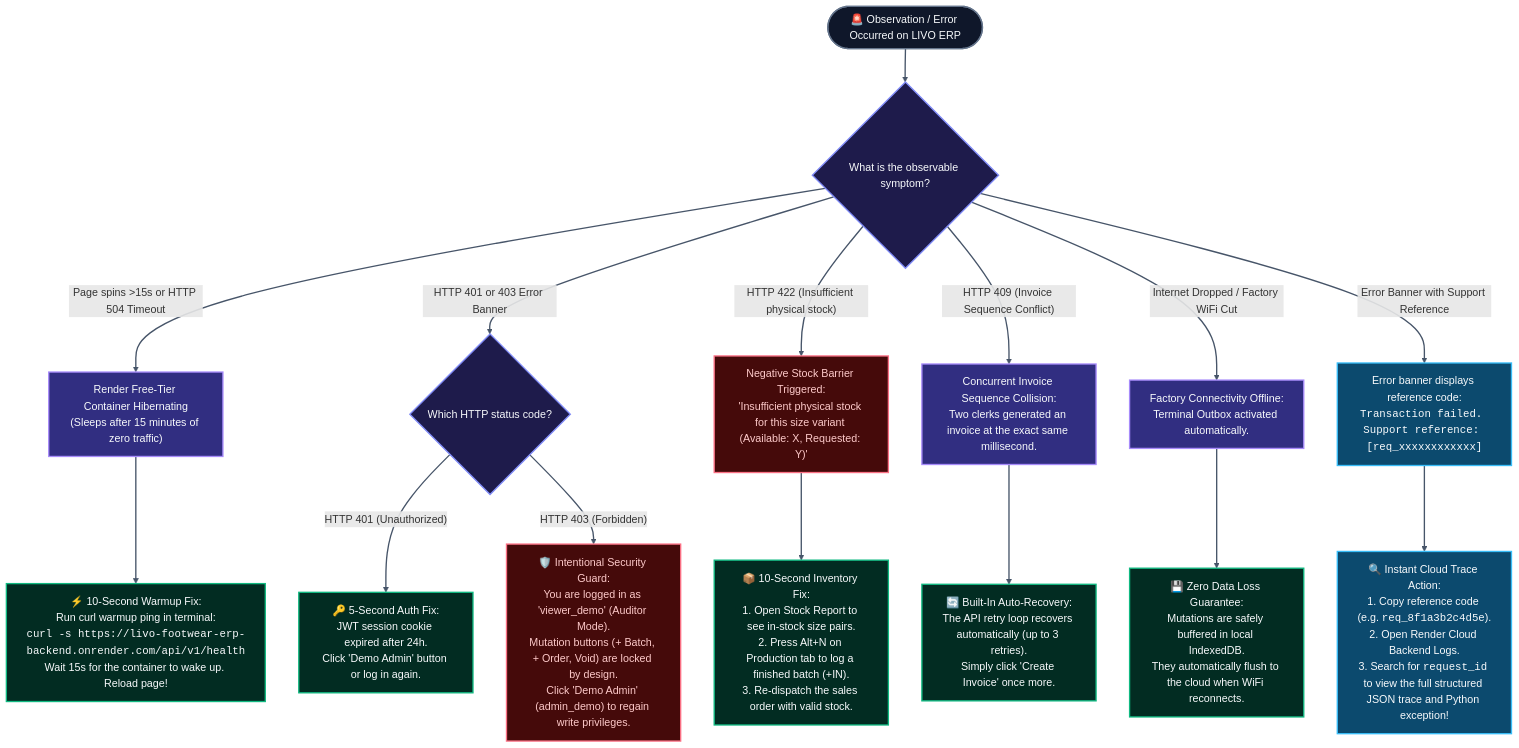
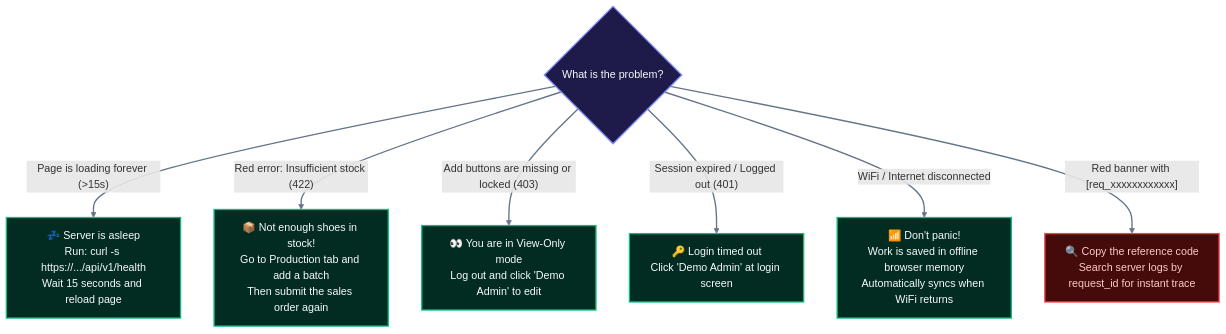
Before and after one commit to Sishir120/livo-footwear-erp: the third of 3 diagrams in README.md, drawn with Mermaid. The commit also changed other lines of this file and 7 other files, not shown here.

````diff
--- a/README.md
+++ b/README.md
@@ -243,38 +216,22 @@
 ```mermaid
 flowchart TD
-    classDef startNode fill:#0f172a,stroke:#64748b,stroke-width:2px,color:#f8fafc;
-    classDef decision fill:#1e1b4b,stroke:#818cf8,stroke-width:2px,color:#f8fafc;
-    classDef cause fill:#312e81,stroke:#a78bfa,stroke-width:2px,color:#f8fafc;
+    classDef check fill:#1e1b4b,stroke:#818cf8,stroke-width:2px,color:#f8fafc;
     classDef fix fill:#022c22,stroke:#10b981,stroke-width:2px,color:#f8fafc;
-    classDef defense fill:#450a0a,stroke:#fb7185,stroke-width:2px,color:#fecaca;
-    classDef trace fill:#0c4a6e,stroke:#38bdf8,stroke-width:2px,color:#f8fafc;
+    classDef alert fill:#450a0a,stroke:#ef4444,stroke-width:2px,color:#fecaca;
 
-    START(["🚨 Observation / Error Occurred on LIVO ERP"]):::startNode --> SYMPTOM{"What is the observable symptom?"}:::decision
+    Q{"What is the problem?"}:::check
 
-    %% Branch 1: Spinner / 504 Gateway Timeout
-    SYMPTOM -->|"Page spins &gt;15s or HTTP 504 Timeout"| C_504["Render Free-Tier Container Hibernating<br/>(Sleeps after 15 minutes of zero traffic)"]:::cause
-    C_504 --> F_504["⚡ 10-Second Warmup Fix:<br/>Run curl warmup ping in terminal:<br/><code>curl -s https://livo-footwear-erp-backend.onrender.com/api/v1/health</code><br/>Wait 15s for the container to wake up. Reload page!"]:::fix
+    Q -->|"Page is loading forever (>15s)"| WAKE["💤 Server is asleep<br/>Run: curl -s https://.../api/v1/health<br/>Wait 15 seconds and reload page"]:::fix
 
-    %% Branch 2: 401 Unauthorized / 403 Forbidden
-    SYMPTOM -->|"HTTP 401 or 403 Error Banner"| CHECK_AUTH{"Which HTTP status code?"}:::decision
-    CHECK_AUTH -->|"HTTP 401 (Unauthorized)"| F_401["🔑 5-Second Auth Fix:<br/>JWT session cookie expired after 24h.<br/>Click 'Demo Admin' button or log in again."]:::fix
-    CHECK_AUTH -->|"HTTP 403 (Forbidden)"| F_403["🛡️ Intentional Security Guard:<br/>You are logged in as 'viewer_demo' (Auditor Mode).<br/>Mutation buttons (+ Batch, + Order, Void) are locked by design.<br/>Click 'Demo Admin' (admin_demo) to regain write privileges."]:::defense
+    Q -->|"Red error: Insufficient stock (422)"| STOCK["📦 Not enough shoes in stock!<br/>Go to Production tab and add a batch<br/>Then submit the sales order again"]:::fix
 
-    %% Branch 3: 422 Negative Stock Boundary
-    SYMPTOM -->|"HTTP 422 (Insufficient physical stock)"| C_422["Negative Stock Barrier Triggered:<br/>'Insufficient physical stock for this size variant (Available: X, Requested: Y)'"]:::defense
-    C_422 --> F_422["📦 10-Second Inventory Fix:<br/>1. Open Stock Report to see in-stock size pairs.<br/>2. Press Alt+N on Production tab to log a finished batch (+IN).<br/>3. Re-dispatch the sales order with valid stock."]:::fix
+    Q -->|"Add buttons are missing or locked (403)"| VIEW["👀 You are in View-Only mode<br/>Log out and click 'Demo Admin' to edit"]:::fix
 
-    %% Branch 4: 409 Sequence Conflict
-    SYMPTOM -->|"HTTP 409 (Invoice Sequence Conflict)"| C_409["Concurrent Invoice Sequence Collision:<br/>Two clerks generated an invoice at the exact same millisecond."]:::cause
-    C_409 --> F_409["🔄 Built-In Auto-Recovery:<br/>The API retry loop recovers automatically (up to 3 retries).<br/>Simply click 'Create Invoice' once more."]:::fix
+    Q -->|"Session expired / Logged out (401)"| AUTH["🔑 Login timed out<br/>Click 'Demo Admin' at login screen"]:::fix
 
-    %% Branch 5: Offline / Network Drop
-    SYMPTOM -->|"Internet Dropped / Factory WiFi Cut"| C_OFF["Factory Connectivity Offline:<br/>Terminal Outbox activated automatically."]:::cause
-    C_OFF --> F_OFF["💾 Zero Data Loss Guarantee:<br/>Mutations are safely buffered in local IndexedDB.<br/>They automatically flush to the cloud when WiFi reconnects."]:::fix
+    Q -->|"WiFi / Internet disconnected"| NET["📶 Don't panic!<br/>Work is saved in offline browser memory<br/>Automatically syncs when WiFi returns"]:::fix
 
-    %% Branch 6: Any Unknown / General Error
-    SYMPTOM -->|"Error Banner with Support Reference"| C_TRACE["Error banner displays reference code:<br/><code>Transaction failed. Support reference: [req_xxxxxxxxxxxx]</code>"]:::trace
-    C_TRACE --> F_TRACE["🔍 Instant Cloud Trace Action:<br/>1. Copy reference code (e.g. <code>req_8f1a3b2c4d5e</code>).<br/>2. Open Render Cloud Backend Logs.<br/>3. Search for <code>request_id</code> to view the full structured JSON trace and Python exception!"]:::trace
+    Q -->|"Red banner with [req_xxxxxxxxxxxx]"| TRACE["🔍 Copy the reference code<br/>Search server logs by request_id for instant trace"]:::alert
 
-    linkStyle default stroke:#475569,stroke-width:2px;
+    linkStyle default stroke:#64748b,stroke-width:2px;
 ```
````
